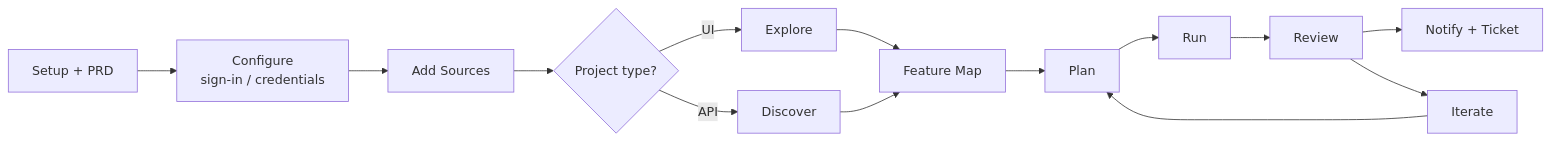
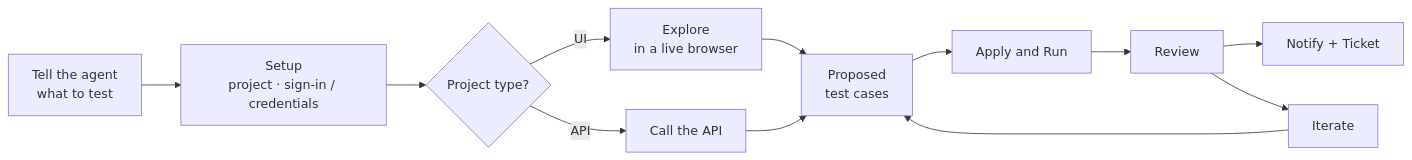
One commit to TestSprite/Docs changed the diagram in web-portal/concepts/testing-lifecycle.mdx. Above: the diagram before and after it, drawn with Mermaid. The commit also changed other lines of this file and 283 other files, not shown here.

First line of the commit message:
docs: sync from Docs-dev docs/v31-concise (CLI 0.17 docs, 4.0 agent flow, docs branding)

````diff
--- a/web-portal/concepts/testing-lifecycle.mdx
+++ b/web-portal/concepts/testing-lifecycle.mdx
@@ -9,16 +9,14 @@
 ```mermaid
 flowchart LR
-    A[Setup + PRD] --> N[Configure<br/>sign-in / credentials]
-    N --> S[Add Sources]
-    S --> B{Project type?}
-    B -->|UI| C[Explore]
-    B -->|API| H[Discover]
-    C --> M[Feature Map]
-    H --> M
-    M --> D[Plan]
-    D --> E[Run]
+    A[Tell the agent<br/>what to test] --> N[Setup<br/>project · sign-in / credentials]
+    N --> B{Project type?}
+    B -->|UI| C[Explore<br/>in a live browser]
+    B -->|API| H[Call the API]
+    C --> D[Proposed<br/>test cases]
+    H --> D
+    D --> E[Apply and Run]
     E --> F[Review]
     F --> T[Notify + Ticket]
     F --> G[Iterate]
     G --> D
 ```
````
